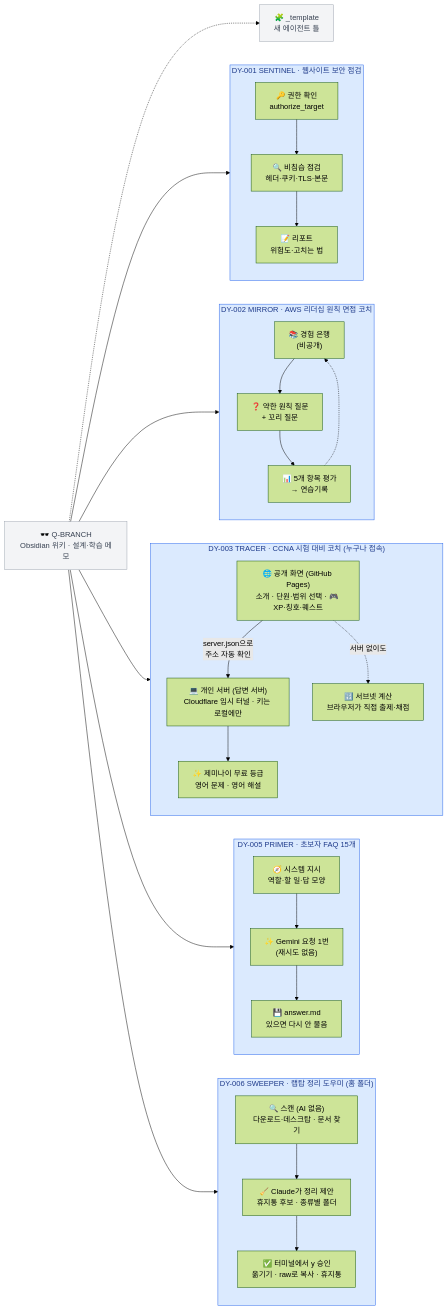
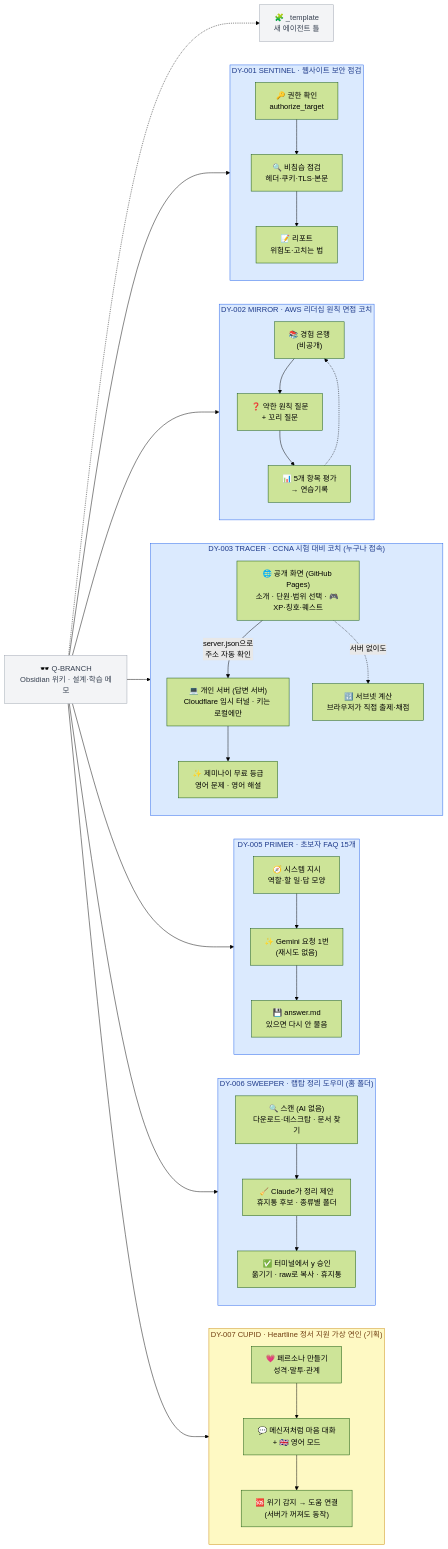
The diagram in README.md (DODO-YONG/Obsidian), drawn with Mermaid (forest theme) before and after one commit. The commit also changed other lines of this file and 12 other files, not shown here.

First line of the commit message:
DY-007 CUPID: Heartline 1단계 PRD v0.5 + 시각화 페이지

````diff
--- a/README.md
+++ b/README.md
@@ -12,51 +12,59 @@
 ```mermaid
 flowchart LR
   W["🕶️ Q-BRANCH<br/>Obsidian 위키 · 설계·학습 메모"]
   T["🧩 _template<br/>새 에이전트 틀"]
   W -.-> T
 
   subgraph SA["DY-001 SENTINEL · 웹사이트 보안 점검"]
     direction TB
     SA1["🔑 권한 확인<br/>authorize_target"] --> SA2["🔍 비침습 점검<br/>헤더·쿠키·TLS·본문"]
     SA2 --> SA3["📝 리포트<br/>위험도·고치는 법"]
   end
   W --> SA
 
   subgraph IC["DY-002 MIRROR · AWS 리더십 원칙 면접 코치"]
     direction TB
     IC1["📚 경험 은행<br/>(비공개)"] --> IC2["❓ 약한 원칙 질문<br/>+ 꼬리 질문"]
     IC2 --> IC3["📊 5개 항목 평가<br/>→ 연습기록"]
     IC3 -.-> IC1
   end
   W --> IC
 
   subgraph CC["DY-003 TRACER · CCNA 시험 대비 코치 (누구나 접속)"]
     direction TB
     CC1["🌐 공개 화면 (GitHub Pages)<br/>소개 · 단원·범위 선택 · 🎮 XP·칭호·퀘스트"] -->|"server.json으로<br/>주소 자동 확인"| CC2["💻 개인 서버 (답변 서버)<br/>Cloudflare 임시 터널 · 키는 로컬에만"]
     CC2 --> CC3["✨ 제미나이 무료 등급<br/>영어 문제 · 영어 해설"]
     CC1 -.->|"서버 없이도"| CC4["🔢 서브넷 계산<br/>브라우저가 직접 출제·채점"]
   end
   W --> CC
 
   subgraph BF["DY-005 PRIMER · 초보자 FAQ 15개"]
     direction TB
     BF1["🧭 시스템 지시<br/>역할·할 일·답 모양"] --> BF2["✨ Gemini 요청 1번<br/>(재시도 없음)"]
     BF2 --> BF3["💾 answer.md<br/>있으면 다시 안 물음"]
   end
   W --> BF
 
   subgraph LH["DY-006 SWEEPER · 랩탑 정리 도우미 (홈 폴더)"]
     direction TB
     LH1["🔍 스캔 (AI 없음)<br/>다운로드·데스크탑 · 문서 찾기"] --> LH2["🧹 Claude가 정리 제안<br/>휴지통 후보 · 종류별 폴더"]
     LH2 --> LH3["✅ 터미널에서 y 승인<br/>옮기기 · raw로 복사 · 휴지통"]
   end
   W --> LH
 
+  subgraph HL["DY-007 CUPID · Heartline 정서 지원 가상 연인 (기획)"]
+    direction TB
+    HL1["💗 페르소나 만들기<br/>성격·말투·관계"] --> HL2["💬 메신저처럼 마음 대화<br/>+ 🇬🇧 영어 모드"]
+    HL2 --> HL3["🆘 위기 감지 → 도움 연결<br/>(서버가 꺼져도 동작)"]
+  end
+  W --> HL
+
   classDef base fill:#f3f4f6,stroke:#9ca3af,color:#374151
   class W,T base
   style SA fill:#dbeafe,stroke:#2563eb,color:#1e3a8a
   style IC fill:#dbeafe,stroke:#2563eb,color:#1e3a8a
   style CC fill:#dbeafe,stroke:#2563eb,color:#1e3a8a
   style BF fill:#dbeafe,stroke:#2563eb,color:#1e3a8a
   style LH fill:#dbeafe,stroke:#2563eb,color:#1e3a8a
+  style HL fill:#fef9c3,stroke:#ca8a04,color:#713f12
 ```
````
